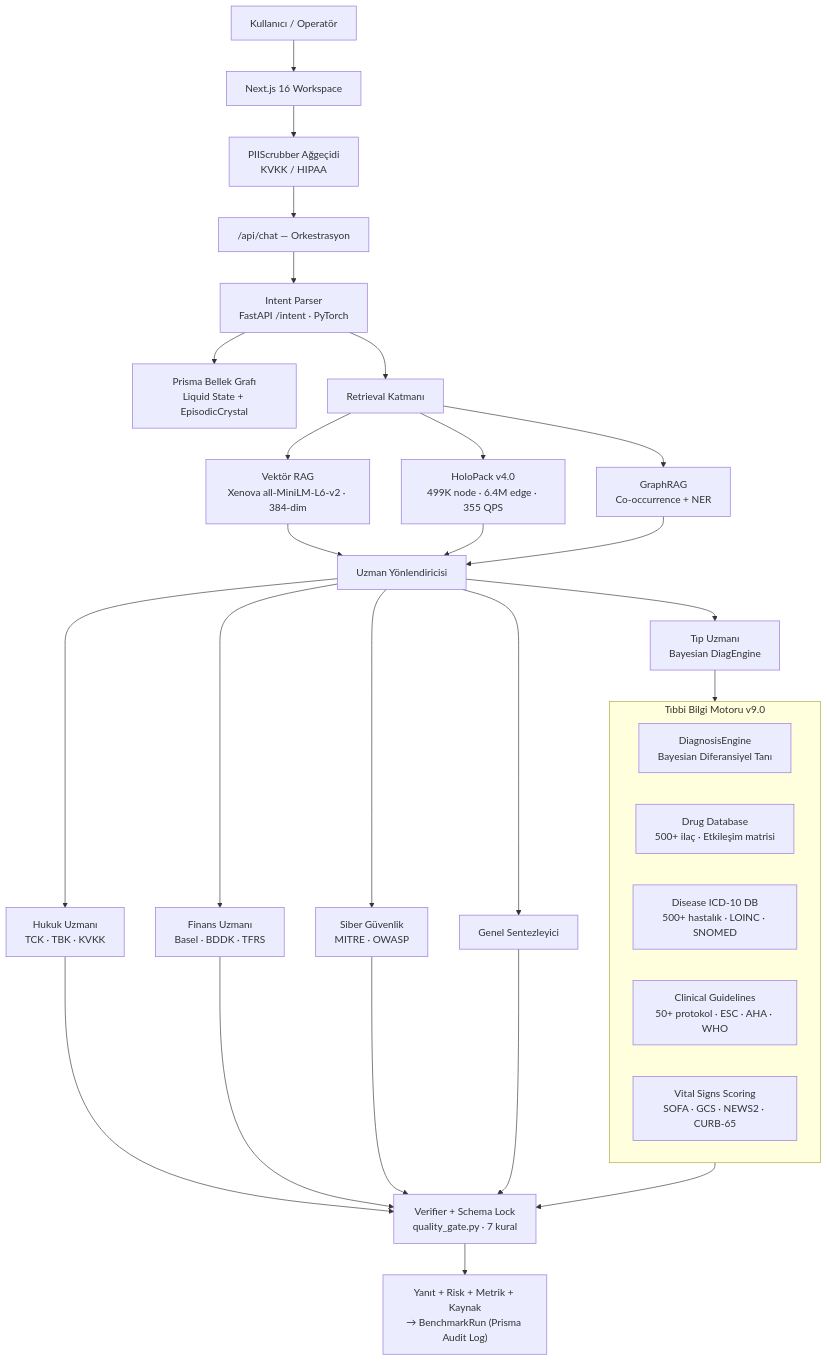
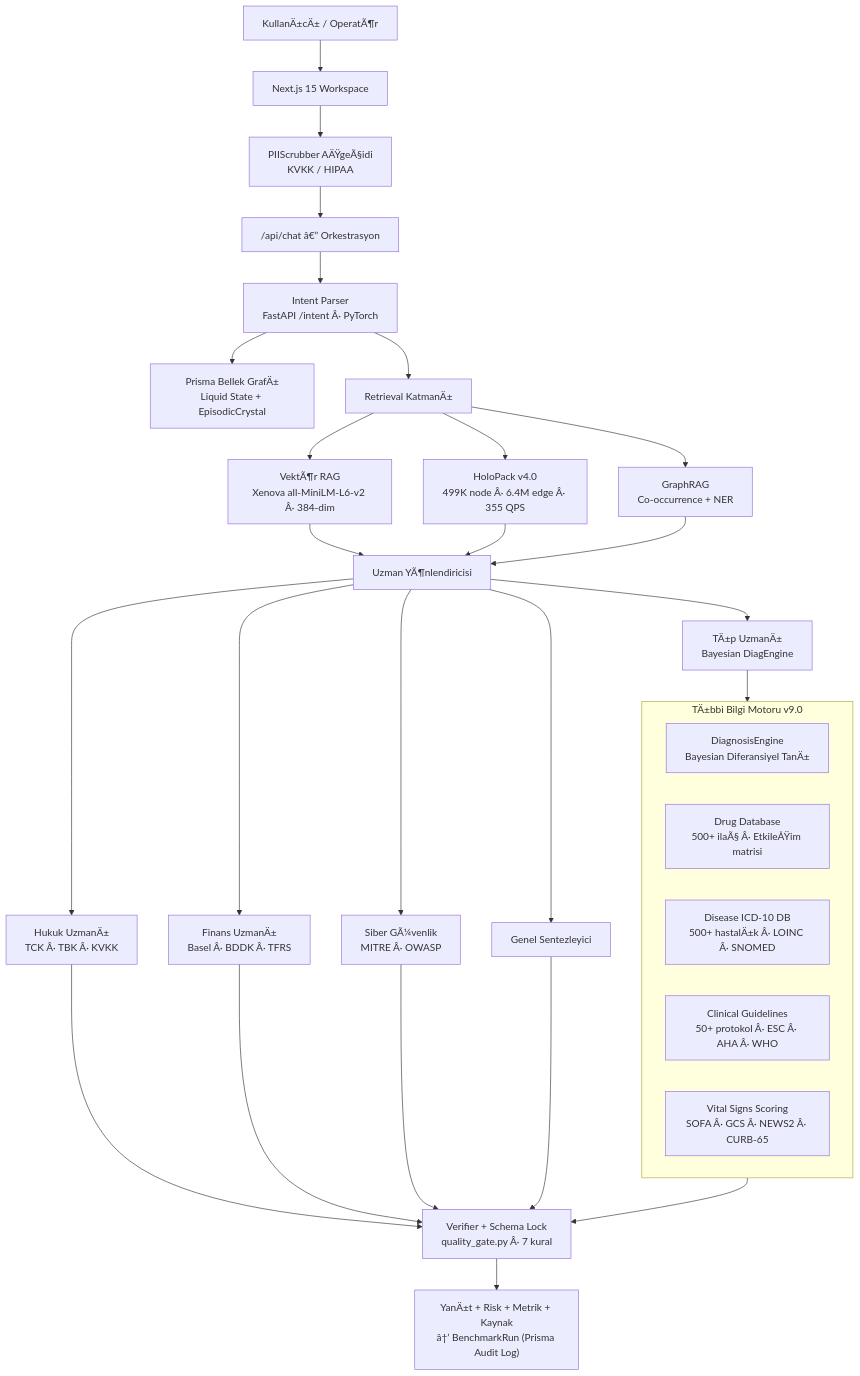
One commit to sakipfikrret/OmniEngine changed the first of 2 diagrams in WHITEPAPER.md. Above: the diagram before and after it, drawn with Mermaid. The commit also changed other lines of this file and 8 other files, not shown here.

````diff
--- a/WHITEPAPER.md
+++ b/WHITEPAPER.md
@@ -56,36 +56,36 @@
 ```mermaid
 flowchart TD
-    U["Kullanıcı / Operatör"] --> UI["Next.js 16 Workspace"]
-    UI --> PII["PIIScrubber Ağgeçidi\nKVKK / HIPAA"]
-    PII --> API["/api/chat — Orkestrasyon"]
-    API --> IP["Intent Parser\nFastAPI /intent · PyTorch"]
-    IP --> MEM["Prisma Bellek Grafı\nLiquid State + EpisodicCrystal"]
-    IP --> RET["Retrieval Katmanı"]
-    RET --> VEC["Vektör RAG\nXenova all-MiniLM-L6-v2 · 384-dim"]
-    RET --> HDB["HoloPack v4.0\n499K node · 6.4M edge · 355 QPS"]
+    U["KullanÄ±cÄ± / OperatÃ¶r"] --> UI["Next.js 15 Workspace"]
+    UI --> PII["PIIScrubber AÄŸgeÃ§idi\nKVKK / HIPAA"]
+    PII --> API["/api/chat â€” Orkestrasyon"]
+    API --> IP["Intent Parser\nFastAPI /intent Â· PyTorch"]
+    IP --> MEM["Prisma Bellek GrafÄ±\nLiquid State + EpisodicCrystal"]
+    IP --> RET["Retrieval KatmanÄ±"]
+    RET --> VEC["VektÃ¶r RAG\nXenova all-MiniLM-L6-v2 Â· 384-dim"]
+    RET --> HDB["HoloPack v4.0\n499K node Â· 6.4M edge Â· 355 QPS"]
     RET --> GR["GraphRAG\nCo-occurrence + NER"]
-    VEC --> ROUTER["Uzman Yönlendiricisi"]
+    VEC --> ROUTER["Uzman YÃ¶nlendiricisi"]
     HDB --> ROUTER
     GR --> ROUTER
-    ROUTER --> LEG["Hukuk Uzmanı\nTCK · TBK · KVKK"]
-    ROUTER --> MED["Tıp Uzmanı\nBayesian DiagEngine"]
-    ROUTER --> FIN["Finans Uzmanı\nBasel · BDDK · TFRS"]
-    ROUTER --> CYB["Siber Güvenlik\nMITRE · OWASP"]
+    ROUTER --> LEG["Hukuk UzmanÄ±\nTCK Â· TBK Â· KVKK"]
+    ROUTER --> MED["TÄ±p UzmanÄ±\nBayesian DiagEngine"]
+    ROUTER --> FIN["Finans UzmanÄ±\nBasel Â· BDDK Â· TFRS"]
+    ROUTER --> CYB["Siber GÃ¼venlik\nMITRE Â· OWASP"]
     ROUTER --> GEN["Genel Sentezleyici"]
 
-    subgraph MEDSYS["Tıbbi Bilgi Motoru v9.0"]
-        DE["DiagnosisEngine\nBayesian Diferansiyel Tanı"]
-        DDB["Drug Database\n500+ ilaç · Etkileşim matrisi"]
-        DIS["Disease ICD-10 DB\n500+ hastalık · LOINC · SNOMED"]
-        GL["Clinical Guidelines\n50+ protokol · ESC · AHA · WHO"]
-        VS["Vital Signs Scoring\nSOFA · GCS · NEWS2 · CURB-65"]
+    subgraph MEDSYS["TÄ±bbi Bilgi Motoru v9.0"]
+        DE["DiagnosisEngine\nBayesian Diferansiyel TanÄ±"]
+        DDB["Drug Database\n500+ ilaÃ§ Â· EtkileÅŸim matrisi"]
+        DIS["Disease ICD-10 DB\n500+ hastalÄ±k Â· LOINC Â· SNOMED"]
+        GL["Clinical Guidelines\n50+ protokol Â· ESC Â· AHA Â· WHO"]
+        VS["Vital Signs Scoring\nSOFA Â· GCS Â· NEWS2 Â· CURB-65"]
     end
 
     MED --> MEDSYS
-    MEDSYS --> VER["Verifier + Schema Lock\nquality_gate.py · 7 kural"]
+    MEDSYS --> VER["Verifier + Schema Lock\nquality_gate.py Â· 7 kural"]
     LEG --> VER
     FIN --> VER
     CYB --> VER
     GEN --> VER
-    VER --> OUT["Yanıt + Risk + Metrik + Kaynak\n→ BenchmarkRun (Prisma Audit Log)"]
+    VER --> OUT["YanÄ±t + Risk + Metrik + Kaynak\nâ†’ BenchmarkRun (Prisma Audit Log)"]
 ```
````
